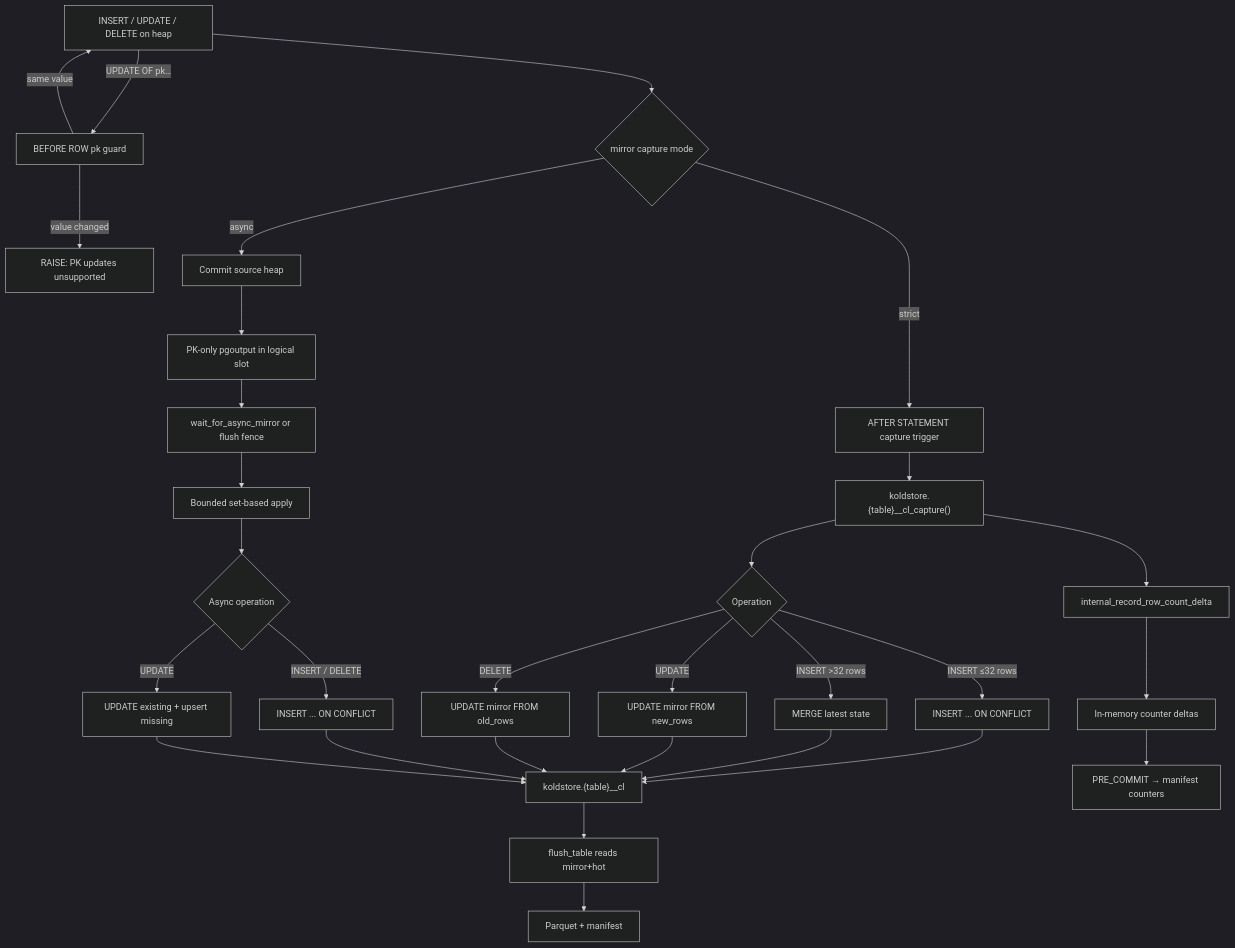
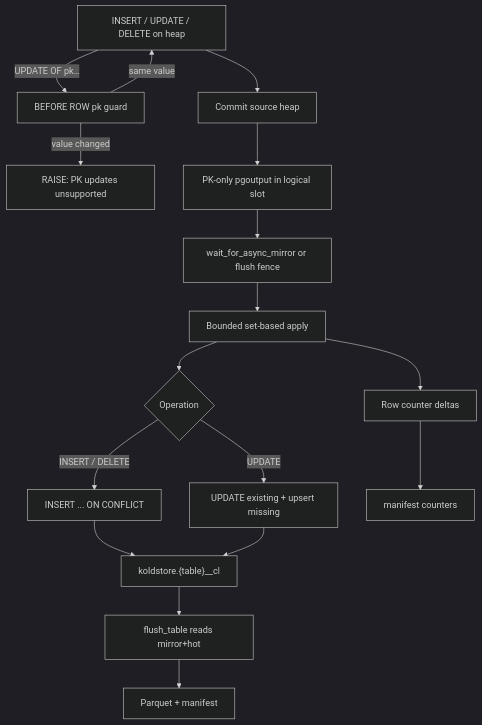
One commit to kalamdb/koldstore changed the first of 2 diagrams in docs/architecture/dml-table.md. Above: the diagram before and after it, drawn with Mermaid (dark theme). The commit also changed other lines of this file and 44 other files, not shown here.

````diff
--- a/docs/architecture/dml-table.md
+++ b/docs/architecture/dml-table.md
@@ -36,32 +36,19 @@
 ```mermaid
 flowchart TD
-  DML["INSERT / UPDATE / DELETE on heap"] --> MODE{"mirror capture mode"}
+  DML["INSERT / UPDATE / DELETE on heap"] --> COMMIT["Commit source heap"]
   DML -->|"UPDATE OF pk…"| PKG["BEFORE ROW pk guard"]
   PKG -->|"value changed"| ERR["RAISE: PK updates unsupported"]
   PKG -->|"same value"| DML
-  MODE -->|strict| TRG["AFTER STATEMENT capture trigger"]
-  MODE -->|async| COMMIT["Commit source heap"]
   COMMIT --> WAL["PK-only pgoutput in logical slot"]
   WAL --> FENCE["wait_for_async_mirror or flush fence"]
   FENCE --> APPLY["Bounded set-based apply"]
-  APPLY --> AKIND{"Async operation"}
+  APPLY --> AKIND{"Operation"}
   AKIND -->|"INSERT / DELETE"| AUPSERT["INSERT ... ON CONFLICT"]
   AKIND -->|"UPDATE"| AUPDATE["UPDATE existing + upsert missing"]
-  TRG --> CAP["koldstore.{table}__cl_capture()"]
-  CAP --> KIND{"Operation"}
-  KIND -->|"INSERT ≤32 rows"| UPSERT["INSERT ... ON CONFLICT"]
-  KIND -->|"INSERT >32 rows"| MERGE["MERGE latest state"]
-  KIND -->|"UPDATE"| DIRECTU["UPDATE mirror FROM new_rows"]
-  KIND -->|"DELETE"| DIRECTD["UPDATE mirror FROM old_rows"]
-  UPSERT --> MIR["koldstore.{table}__cl"]
-  MERGE --> MIR
-  DIRECTU --> MIR
-  DIRECTD --> MIR
-  AUPSERT --> MIR
+  AUPSERT --> MIR["koldstore.{table}__cl"]
   AUPDATE --> MIR
-  CAP --> RC["internal_record_row_count_delta"]
-  RC --> MEM["In-memory counter deltas"]
-  MEM --> XACT["PRE_COMMIT → manifest counters"]
+  APPLY --> RC["Row counter deltas"]
+  RC --> MAN["manifest counters"]
   MIR --> FLUSH["flush_table reads mirror+hot"]
   FLUSH --> PQ["Parquet + manifest"]
 ```
````
